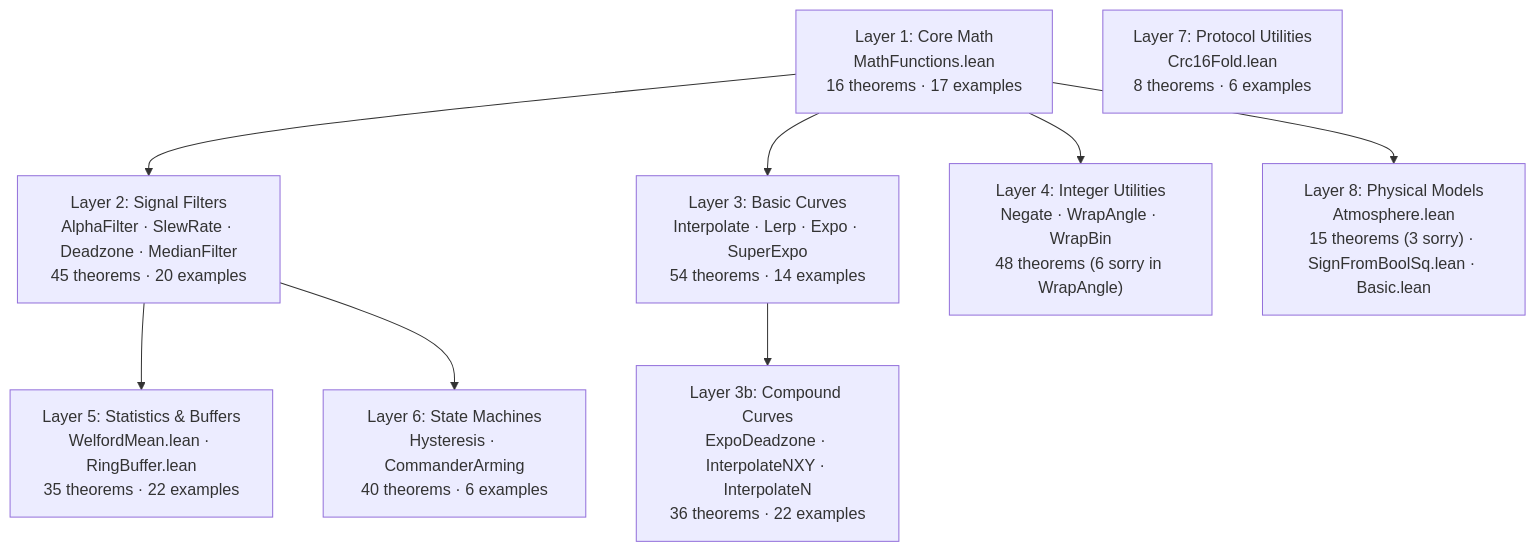
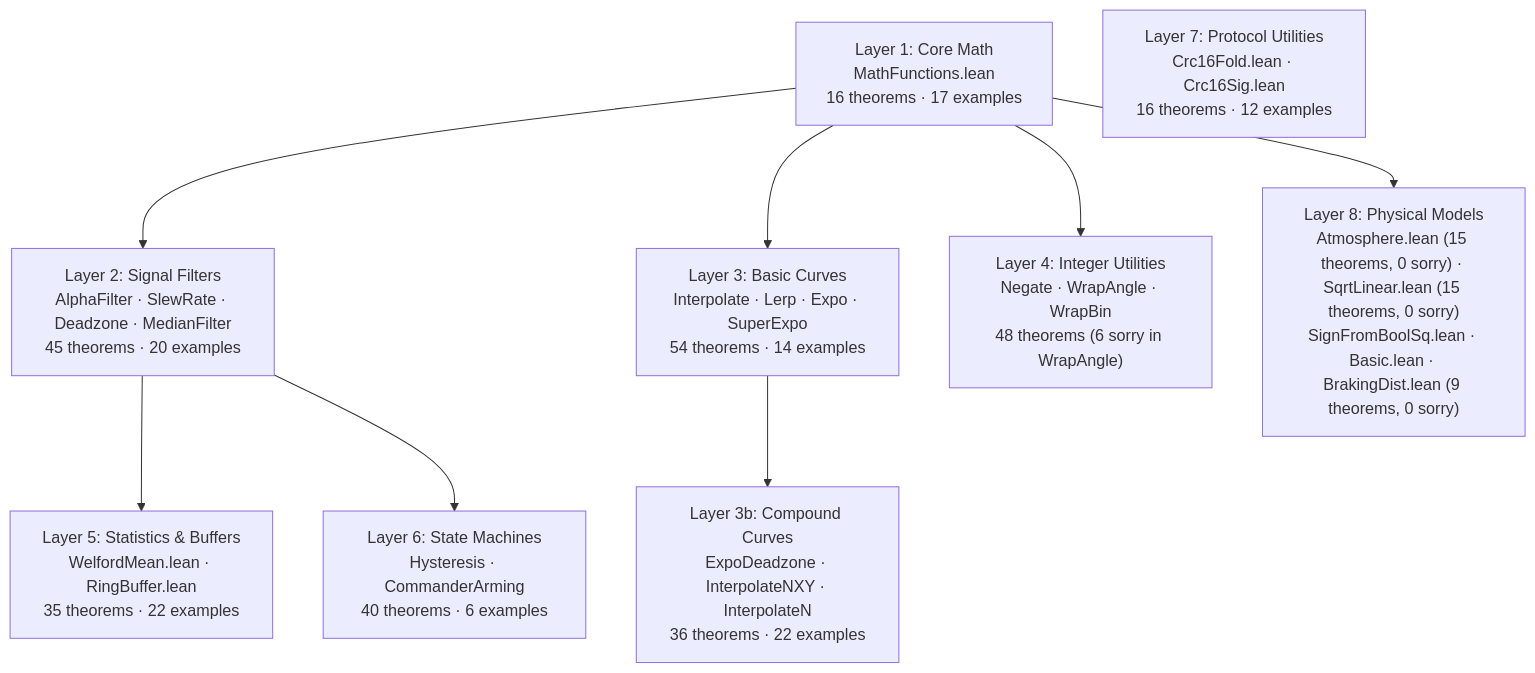
Before and after one commit to dsyme/PX4-Autopilot: the first of 14 diagrams in formal-verification/REPORT.md, drawn with Mermaid. The commit also changed other lines of this file and 3 other files, not shown here.

First line of the commit message:
feat(formal-verification): Task 5+10 — sorry reduction 12→6, Atmosphere+SqrtLinear fully proved (run 66)

````diff
--- a/formal-verification/REPORT.md
+++ b/formal-verification/REPORT.md
@@ -39,19 +40,19 @@
 ```mermaid
 graph TD
     L1["Layer 1: Core Math<br/>MathFunctions.lean<br/>16 theorems · 17 examples"]
     L2a["Layer 2: Signal Filters<br/>AlphaFilter · SlewRate · Deadzone · MedianFilter<br/>45 theorems · 20 examples"]
     L2b["Layer 3: Basic Curves<br/>Interpolate · Lerp · Expo · SuperExpo<br/>54 theorems · 14 examples"]
     L2c["Layer 3b: Compound Curves<br/>ExpoDeadzone · InterpolateNXY · InterpolateN<br/>36 theorems · 22 examples"]
     L4["Layer 4: Integer Utilities<br/>Negate · WrapAngle · WrapBin<br/>48 theorems (6 sorry in WrapAngle)"]
     L5["Layer 5: Statistics & Buffers<br/>WelfordMean.lean · RingBuffer.lean<br/>35 theorems · 22 examples"]
     L6["Layer 6: State Machines<br/>Hysteresis · CommanderArming<br/>40 theorems · 6 examples"]
-    L7["Layer 7: Protocol Utilities<br/>Crc16Fold.lean<br/>8 theorems · 6 examples"]
-    L8["Layer 8: Physical Models<br/>Atmosphere.lean<br/>15 theorems (3 sorry) · SignFromBoolSq.lean · Basic.lean"]
+    L7["Layer 7: Protocol Utilities<br/>Crc16Fold.lean · Crc16Sig.lean<br/>16 theorems · 12 examples"]
+    L8["Layer 8: Physical Models<br/>Atmosphere.lean (15 theorems, 0 sorry) · SqrtLinear.lean (15 theorems, 0 sorry)<br/>SignFromBoolSq.lean · Basic.lean · BrakingDist.lean (9 theorems, 0 sorry)"]
     L1 --> L2a
     L1 --> L2b
     L2b --> L2c
     L1 --> L4
     L2a --> L5
     L2a --> L6
     L1 --> L8
 ```
````
